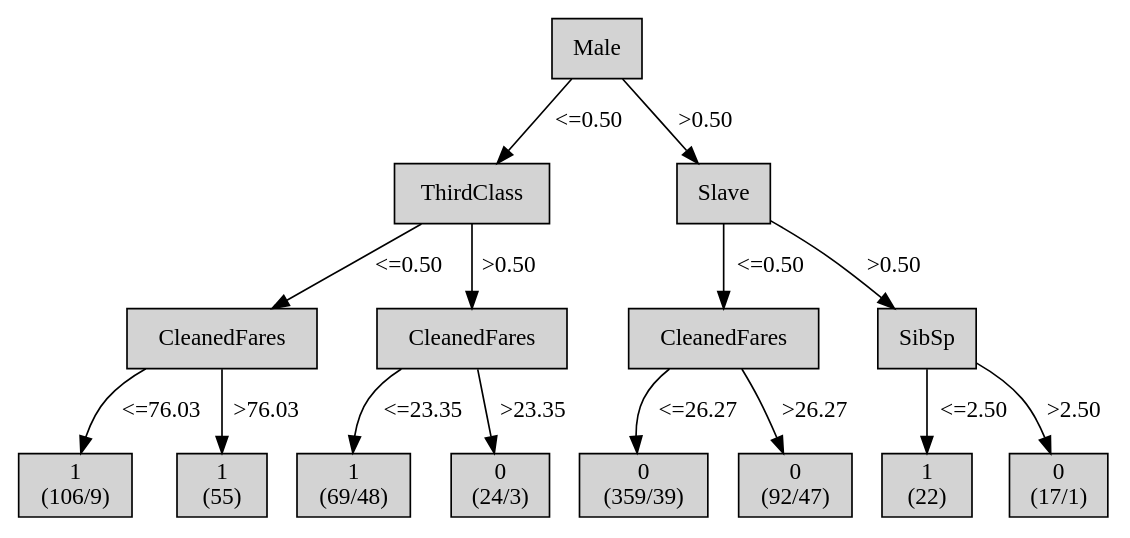
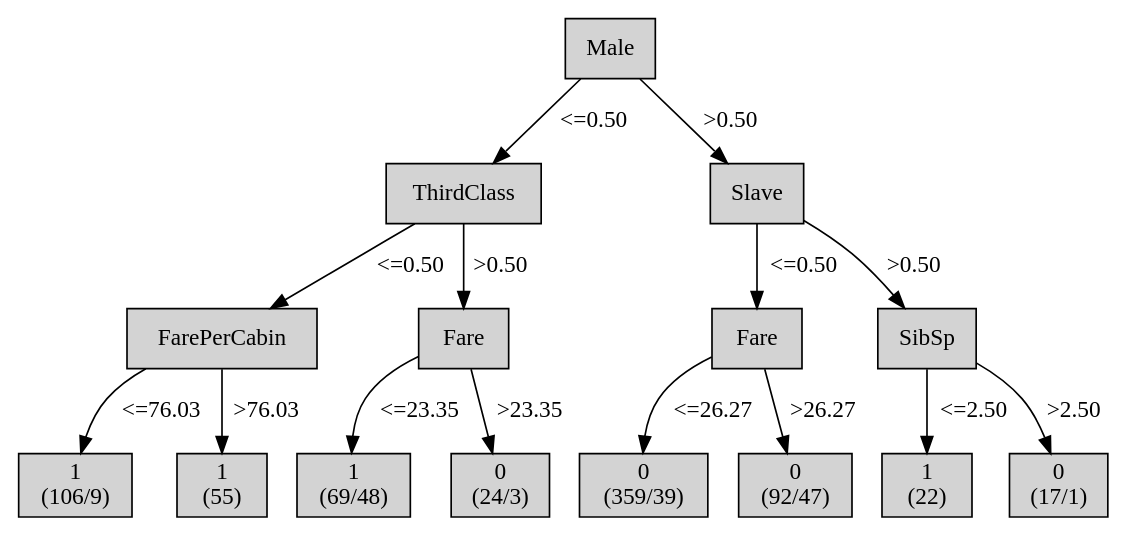
One commit to mklb/BI-Python3 changed the diagram in output/tree-generator-3/tree.dot. Above: the diagram before and after it, drawn with Graphviz. The commit also changed 13 other files, not shown here.

```diff
--- a/output/tree-generator-3/tree.dot
+++ b/output/tree-generator-3/tree.dot
@@ -1,58 +1,58 @@
 digraph ID3_Tree {
 "0" [shape=box, style=filled, label="Male
 ", weight=1]
 "1" [shape=box, style=filled, label="ThirdClass
 ", weight=2]
 0 -> 1 [ label = "<=0.50"];
-"2" [shape=box, style=filled, label="CleanedFares
+"2" [shape=box, style=filled, label="FarePerCabin
 ", weight=3]
 1 -> 2 [ label = "<=0.50"];
 "3" [shape=box, style=filled, label="1
 (106/9)
 ", weight=4]
 2 -> 3 [ label = "<=76.03"];
 "4" [shape=box, style=filled, label="1
 (55)
 ", weight=4]
 2 -> 4 [ label = ">76.03"];
-"5" [shape=box, style=filled, label="CleanedFares
+"5" [shape=box, style=filled, label="Fare
 ", weight=3]
 1 -> 5 [ label = ">0.50"];
 "6" [shape=box, style=filled, label="1
 (69/48)
 ", weight=4]
 5 -> 6 [ label = "<=23.35"];
 "7" [shape=box, style=filled, label="0
 (24/3)
 ", weight=4]
 5 -> 7 [ label = ">23.35"];
 "8" [shape=box, style=filled, label="Slave
 ", weight=2]
 0 -> 8 [ label = ">0.50"];
-"9" [shape=box, style=filled, label="CleanedFares
+"9" [shape=box, style=filled, label="Fare
 ", weight=3]
 8 -> 9 [ label = "<=0.50"];
 "10" [shape=box, style=filled, label="0
 (359/39)
 ", weight=4]
 9 -> 10 [ label = "<=26.27"];
 "11" [shape=box, style=filled, label="0
 (92/47)
 ", weight=4]
 9 -> 11 [ label = ">26.27"];
 "12" [shape=box, style=filled, label="SibSp
 ", weight=3]
 8 -> 12 [ label = ">0.50"];
 "13" [shape=box, style=filled, label="1
 (22)
 ", weight=4]
 12 -> 13 [ label = "<=2.50"];
 "14" [shape=box, style=filled, label="0
 (17/1)
 ", weight=4]
 12 -> 14 [ label = ">2.50"];
 {rank=same; 0;};
 {rank=same; 1;8;};
 {rank=same; 2;5;9;12;};
 {rank=same; 3;4;6;7;10;11;13;14;};
 }
```
